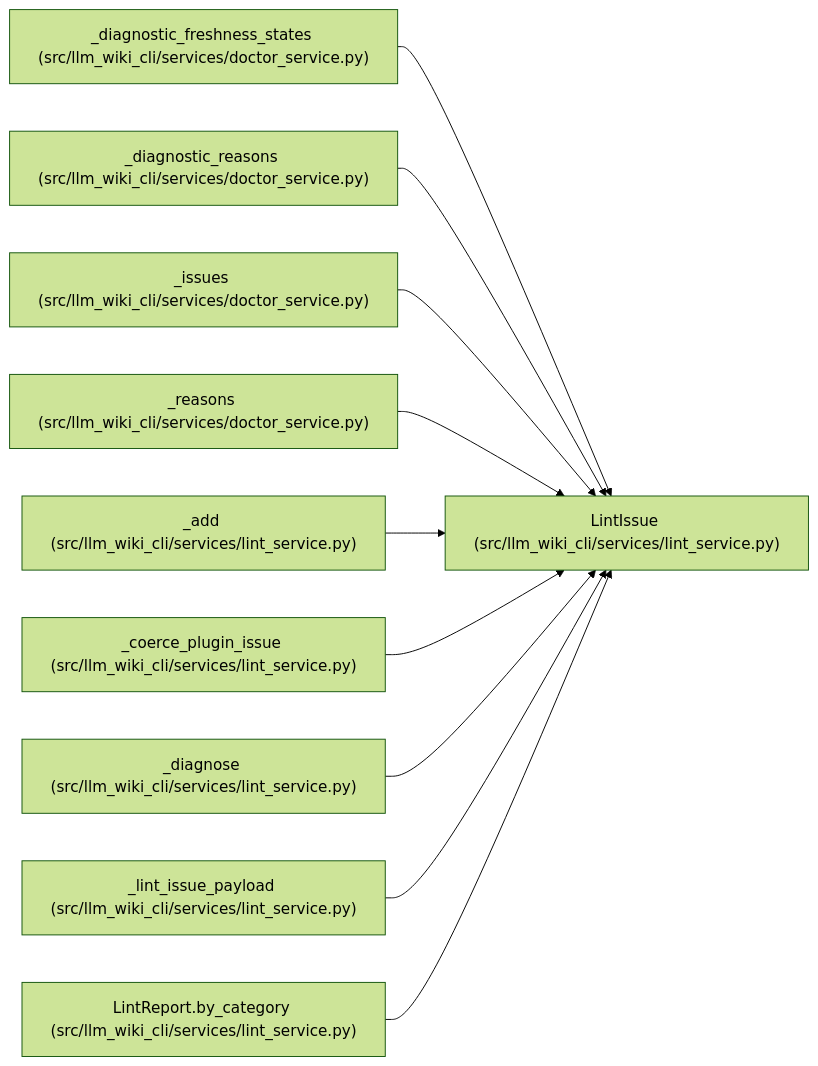
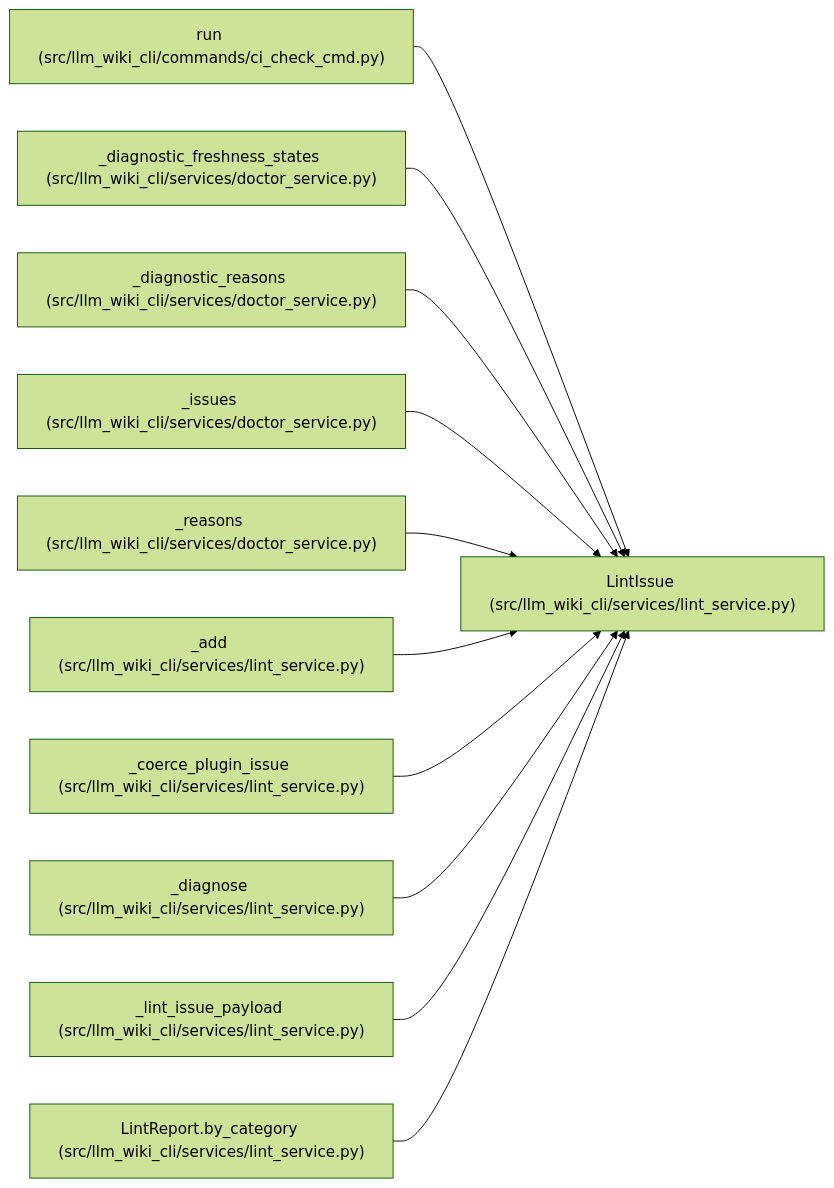
The diagram in docs/llm_wiki/entities/LintIssue.md (Denissvgn/python-wiki-llm), drawn with Mermaid (forest theme) before and after one commit. The commit also changed other lines of this file and 865 other files, not shown here.

````diff
--- a/docs/llm_wiki/entities/LintIssue.md
+++ b/docs/llm_wiki/entities/LintIssue.md
@@ -33,32 +33,35 @@
 ```mermaid
 flowchart LR
     n0["LintIssue (src/llm_wiki_cli/services/lint_service.py)"]
-    n1["_diagnostic_freshness_states (src/llm_wiki_cli/services/doctor_service.py)"]
-    n2["_diagnostic_reasons (src/llm_wiki_cli/services/doctor_service.py)"]
-    n3["_issues (src/llm_wiki_cli/services/doctor_service.py)"]
-    n4["_reasons (src/llm_wiki_cli/services/doctor_service.py)"]
-    n5["_add (src/llm_wiki_cli/services/lint_service.py)"]
-    n6["_coerce_plugin_issue (src/llm_wiki_cli/services/lint_service.py)"]
-    n7["_diagnose (src/llm_wiki_cli/services/lint_service.py)"]
-    n8["_lint_issue_payload (src/llm_wiki_cli/services/lint_service.py)"]
-    n9["LintReport.by_category (src/llm_wiki_cli/services/lint_service.py)"]
+    n1["run (src/llm_wiki_cli/commands/ci_check_cmd.py)"]
+    n2["_diagnostic_freshness_states (src/llm_wiki_cli/services/doctor_service.py)"]
+    n3["_diagnostic_reasons (src/llm_wiki_cli/services/doctor_service.py)"]
+    n4["_issues (src/llm_wiki_cli/services/doctor_service.py)"]
+    n5["_reasons (src/llm_wiki_cli/services/doctor_service.py)"]
+    n6["_add (src/llm_wiki_cli/services/lint_service.py)"]
+    n7["_coerce_plugin_issue (src/llm_wiki_cli/services/lint_service.py)"]
+    n8["_diagnose (src/llm_wiki_cli/services/lint_service.py)"]
+    n9["_lint_issue_payload (src/llm_wiki_cli/services/lint_service.py)"]
+    n10["LintReport.by_category (src/llm_wiki_cli/services/lint_service.py)"]
     n1 --> n0
     n2 --> n0
     n3 --> n0
     n4 --> n0
     n5 --> n0
     n6 --> n0
     n7 --> n0
     n8 --> n0
     n9 --> n0
+    n10 --> n0
     click n0 "../modules/lint_service.md"
-    click n1 "../modules/doctor_service.md"
+    click n1 "../modules/ci_check_cmd.md"
     click n2 "../modules/doctor_service.md"
     click n3 "../modules/doctor_service.md"
     click n4 "../modules/doctor_service.md"
-    click n5 "../modules/lint_service.md"
+    click n5 "../modules/doctor_service.md"
     click n6 "../modules/lint_service.md"
     click n7 "../modules/lint_service.md"
     click n8 "../modules/lint_service.md"
     click n9 "../modules/lint_service.md"
+    click n10 "../modules/lint_service.md"
 ```
````
